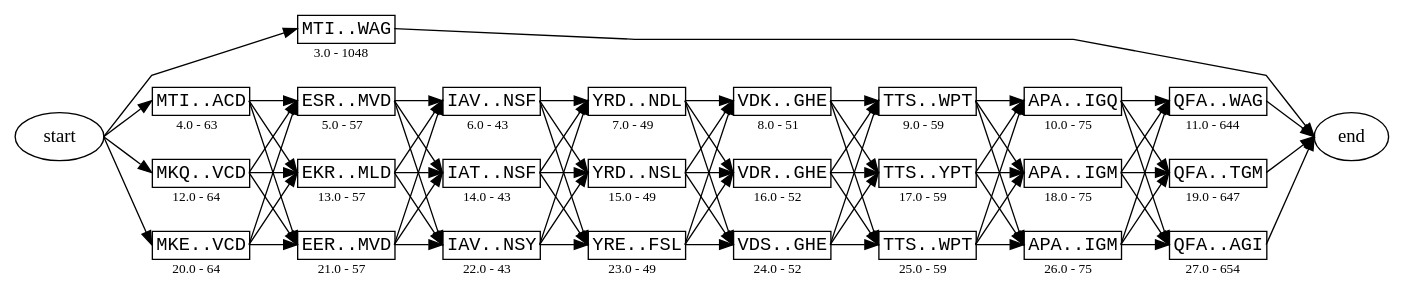
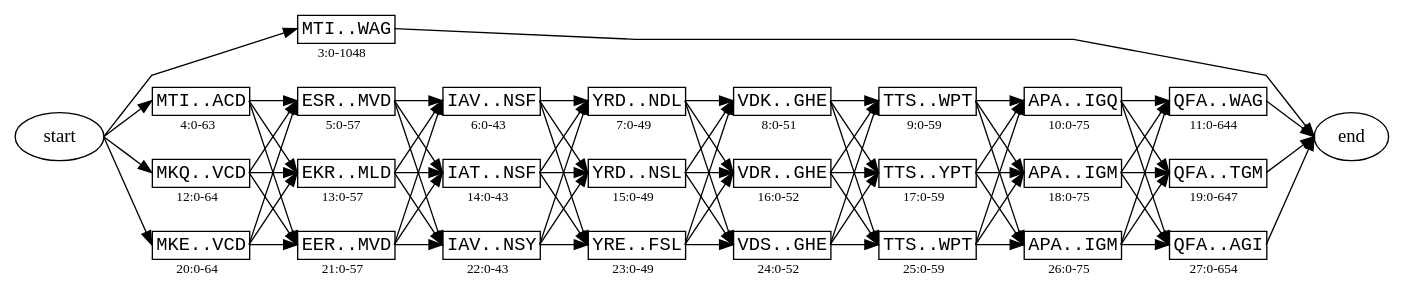
The diagram in docs/figures/protein_figure_1.dot (ginkgobioworks/gen), drawn with Graphviz before and after one commit. The commit also changed 18 other files, not shown here.

```diff
--- a/docs/figures/protein_figure_1.dot
+++ b/docs/figures/protein_figure_1.dot
@@ -5,105 +5,105 @@
 	];
 	node [label="\N"];
 	start	[label=start];
-	3.0	[label=<<TABLE BORDER='0' CELLBORDER='1' CELLSPACING='0'><TR><TD ALIGN='CENTER' PORT='seq'><FONT FACE='Courier'>MTI..WAG</FONT></TD></TR><TR><TD BORDER='0' ALIGN='CENTER'><FONT POINT-SIZE='10'>3.0 - 1048</FONT></TD></TR></TABLE>>,
+	3.0	[label=<<TABLE BORDER='0' CELLBORDER='1' CELLSPACING='0'><TR><TD ALIGN='CENTER' PORT='seq'><FONT FACE='Courier'>MTI..WAG</FONT></TD></TR><TR><TD BORDER='0' ALIGN='CENTER'><FONT POINT-SIZE='10'>3:0-1048</FONT></TD></TR></TABLE>>,
 		margin=0,
 		shape=none];
 	start:e -> 3.0:seq:w;
-	4.0	[label=<<TABLE BORDER='0' CELLBORDER='1' CELLSPACING='0'><TR><TD ALIGN='CENTER' PORT='seq'><FONT FACE='Courier'>MTI..ACD</FONT></TD></TR><TR><TD BORDER='0' ALIGN='CENTER'><FONT POINT-SIZE='10'>4.0 - 63</FONT></TD></TR></TABLE>>,
+	4.0	[label=<<TABLE BORDER='0' CELLBORDER='1' CELLSPACING='0'><TR><TD ALIGN='CENTER' PORT='seq'><FONT FACE='Courier'>MTI..ACD</FONT></TD></TR><TR><TD BORDER='0' ALIGN='CENTER'><FONT POINT-SIZE='10'>4:0-63</FONT></TD></TR></TABLE>>,
 		margin=0,
 		shape=none];
 	start:e -> 4.0:seq:w;
-	12.0	[label=<<TABLE BORDER='0' CELLBORDER='1' CELLSPACING='0'><TR><TD ALIGN='CENTER' PORT='seq'><FONT FACE='Courier'>MKQ..VCD</FONT></TD></TR><TR><TD BORDER='0' ALIGN='CENTER'><FONT POINT-SIZE='10'>12.0 - 64</FONT></TD></TR></TABLE>>,
+	12.0	[label=<<TABLE BORDER='0' CELLBORDER='1' CELLSPACING='0'><TR><TD ALIGN='CENTER' PORT='seq'><FONT FACE='Courier'>MKQ..VCD</FONT></TD></TR><TR><TD BORDER='0' ALIGN='CENTER'><FONT POINT-SIZE='10'>12:0-64</FONT></TD></TR></TABLE>>,
 		margin=0,
 		shape=none];
 	start:e -> 12.0:seq:w;
-	20.0	[label=<<TABLE BORDER='0' CELLBORDER='1' CELLSPACING='0'><TR><TD ALIGN='CENTER' PORT='seq'><FONT FACE='Courier'>MKE..VCD</FONT></TD></TR><TR><TD BORDER='0' ALIGN='CENTER'><FONT POINT-SIZE='10'>20.0 - 64</FONT></TD></TR></TABLE>>,
+	20.0	[label=<<TABLE BORDER='0' CELLBORDER='1' CELLSPACING='0'><TR><TD ALIGN='CENTER' PORT='seq'><FONT FACE='Courier'>MKE..VCD</FONT></TD></TR><TR><TD BORDER='0' ALIGN='CENTER'><FONT POINT-SIZE='10'>20:0-64</FONT></TD></TR></TABLE>>,
 		margin=0,
 		shape=none];
 	start:e -> 20.0:seq:w;
 	end	[label=end];
 	3.0:seq:e -> end:w;
-	5.0	[label=<<TABLE BORDER='0' CELLBORDER='1' CELLSPACING='0'><TR><TD ALIGN='CENTER' PORT='seq'><FONT FACE='Courier'>ESR..MVD</FONT></TD></TR><TR><TD BORDER='0' ALIGN='CENTER'><FONT POINT-SIZE='10'>5.0 - 57</FONT></TD></TR></TABLE>>,
+	5.0	[label=<<TABLE BORDER='0' CELLBORDER='1' CELLSPACING='0'><TR><TD ALIGN='CENTER' PORT='seq'><FONT FACE='Courier'>ESR..MVD</FONT></TD></TR><TR><TD BORDER='0' ALIGN='CENTER'><FONT POINT-SIZE='10'>5:0-57</FONT></TD></TR></TABLE>>,
 		margin=0,
 		shape=none];
 	4.0:seq:e -> 5.0:seq:w;
-	13.0	[label=<<TABLE BORDER='0' CELLBORDER='1' CELLSPACING='0'><TR><TD ALIGN='CENTER' PORT='seq'><FONT FACE='Courier'>EKR..MLD</FONT></TD></TR><TR><TD BORDER='0' ALIGN='CENTER'><FONT POINT-SIZE='10'>13.0 - 57</FONT></TD></TR></TABLE>>,
+	13.0	[label=<<TABLE BORDER='0' CELLBORDER='1' CELLSPACING='0'><TR><TD ALIGN='CENTER' PORT='seq'><FONT FACE='Courier'>EKR..MLD</FONT></TD></TR><TR><TD BORDER='0' ALIGN='CENTER'><FONT POINT-SIZE='10'>13:0-57</FONT></TD></TR></TABLE>>,
 		margin=0,
 		shape=none];
 	4.0:seq:e -> 13.0:seq:w;
-	21.0	[label=<<TABLE BORDER='0' CELLBORDER='1' CELLSPACING='0'><TR><TD ALIGN='CENTER' PORT='seq'><FONT FACE='Courier'>EER..MVD</FONT></TD></TR><TR><TD BORDER='0' ALIGN='CENTER'><FONT POINT-SIZE='10'>21.0 - 57</FONT></TD></TR></TABLE>>,
+	21.0	[label=<<TABLE BORDER='0' CELLBORDER='1' CELLSPACING='0'><TR><TD ALIGN='CENTER' PORT='seq'><FONT FACE='Courier'>EER..MVD</FONT></TD></TR><TR><TD BORDER='0' ALIGN='CENTER'><FONT POINT-SIZE='10'>21:0-57</FONT></TD></TR></TABLE>>,
 		margin=0,
 		shape=none];
 	4.0:seq:e -> 21.0:seq:w;
-	6.0	[label=<<TABLE BORDER='0' CELLBORDER='1' CELLSPACING='0'><TR><TD ALIGN='CENTER' PORT='seq'><FONT FACE='Courier'>IAV..NSF</FONT></TD></TR><TR><TD BORDER='0' ALIGN='CENTER'><FONT POINT-SIZE='10'>6.0 - 43</FONT></TD></TR></TABLE>>,
+	6.0	[label=<<TABLE BORDER='0' CELLBORDER='1' CELLSPACING='0'><TR><TD ALIGN='CENTER' PORT='seq'><FONT FACE='Courier'>IAV..NSF</FONT></TD></TR><TR><TD BORDER='0' ALIGN='CENTER'><FONT POINT-SIZE='10'>6:0-43</FONT></TD></TR></TABLE>>,
 		margin=0,
 		shape=none];
 	5.0:seq:e -> 6.0:seq:w;
-	14.0	[label=<<TABLE BORDER='0' CELLBORDER='1' CELLSPACING='0'><TR><TD ALIGN='CENTER' PORT='seq'><FONT FACE='Courier'>IAT..NSF</FONT></TD></TR><TR><TD BORDER='0' ALIGN='CENTER'><FONT POINT-SIZE='10'>14.0 - 43</FONT></TD></TR></TABLE>>,
+	14.0	[label=<<TABLE BORDER='0' CELLBORDER='1' CELLSPACING='0'><TR><TD ALIGN='CENTER' PORT='seq'><FONT FACE='Courier'>IAT..NSF</FONT></TD></TR><TR><TD BORDER='0' ALIGN='CENTER'><FONT POINT-SIZE='10'>14:0-43</FONT></TD></TR></TABLE>>,
 		margin=0,
 		shape=none];
 	5.0:seq:e -> 14.0:seq:w;
-	22.0	[label=<<TABLE BORDER='0' CELLBORDER='1' CELLSPACING='0'><TR><TD ALIGN='CENTER' PORT='seq'><FONT FACE='Courier'>IAV..NSY</FONT></TD></TR><TR><TD BORDER='0' ALIGN='CENTER'><FONT POINT-SIZE='10'>22.0 - 43</FONT></TD></TR></TABLE>>,
+	22.0	[label=<<TABLE BORDER='0' CELLBORDER='1' CELLSPACING='0'><TR><TD ALIGN='CENTER' PORT='seq'><FONT FACE='Courier'>IAV..NSY</FONT></TD></TR><TR><TD BORDER='0' ALIGN='CENTER'><FONT POINT-SIZE='10'>22:0-43</FONT></TD></TR></TABLE>>,
 		margin=0,
 		shape=none];
 	5.0:seq:e -> 22.0:seq:w;
-	7.0	[label=<<TABLE BORDER='0' CELLBORDER='1' CELLSPACING='0'><TR><TD ALIGN='CENTER' PORT='seq'><FONT FACE='Courier'>YRD..NDL</FONT></TD></TR><TR><TD BORDER='0' ALIGN='CENTER'><FONT POINT-SIZE='10'>7.0 - 49</FONT></TD></TR></TABLE>>,
+	7.0	[label=<<TABLE BORDER='0' CELLBORDER='1' CELLSPACING='0'><TR><TD ALIGN='CENTER' PORT='seq'><FONT FACE='Courier'>YRD..NDL</FONT></TD></TR><TR><TD BORDER='0' ALIGN='CENTER'><FONT POINT-SIZE='10'>7:0-49</FONT></TD></TR></TABLE>>,
 		margin=0,
 		shape=none];
 	6.0:seq:e -> 7.0:seq:w;
-	15.0	[label=<<TABLE BORDER='0' CELLBORDER='1' CELLSPACING='0'><TR><TD ALIGN='CENTER' PORT='seq'><FONT FACE='Courier'>YRD..NSL</FONT></TD></TR><TR><TD BORDER='0' ALIGN='CENTER'><FONT POINT-SIZE='10'>15.0 - 49</FONT></TD></TR></TABLE>>,
+	15.0	[label=<<TABLE BORDER='0' CELLBORDER='1' CELLSPACING='0'><TR><TD ALIGN='CENTER' PORT='seq'><FONT FACE='Courier'>YRD..NSL</FONT></TD></TR><TR><TD BORDER='0' ALIGN='CENTER'><FONT POINT-SIZE='10'>15:0-49</FONT></TD></TR></TABLE>>,
 		margin=0,
 		shape=none];
 	6.0:seq:e -> 15.0:seq:w;
-	23.0	[label=<<TABLE BORDER='0' CELLBORDER='1' CELLSPACING='0'><TR><TD ALIGN='CENTER' PORT='seq'><FONT FACE='Courier'>YRE..FSL</FONT></TD></TR><TR><TD BORDER='0' ALIGN='CENTER'><FONT POINT-SIZE='10'>23.0 - 49</FONT></TD></TR></TABLE>>,
+	23.0	[label=<<TABLE BORDER='0' CELLBORDER='1' CELLSPACING='0'><TR><TD ALIGN='CENTER' PORT='seq'><FONT FACE='Courier'>YRE..FSL</FONT></TD></TR><TR><TD BORDER='0' ALIGN='CENTER'><FONT POINT-SIZE='10'>23:0-49</FONT></TD></TR></TABLE>>,
 		margin=0,
 		shape=none];
 	6.0:seq:e -> 23.0:seq:w;
-	8.0	[label=<<TABLE BORDER='0' CELLBORDER='1' CELLSPACING='0'><TR><TD ALIGN='CENTER' PORT='seq'><FONT FACE='Courier'>VDK..GHE</FONT></TD></TR><TR><TD BORDER='0' ALIGN='CENTER'><FONT POINT-SIZE='10'>8.0 - 51</FONT></TD></TR></TABLE>>,
+	8.0	[label=<<TABLE BORDER='0' CELLBORDER='1' CELLSPACING='0'><TR><TD ALIGN='CENTER' PORT='seq'><FONT FACE='Courier'>VDK..GHE</FONT></TD></TR><TR><TD BORDER='0' ALIGN='CENTER'><FONT POINT-SIZE='10'>8:0-51</FONT></TD></TR></TABLE>>,
 		margin=0,
 		shape=none];
 	7.0:seq:e -> 8.0:seq:w;
-	16.0	[label=<<TABLE BORDER='0' CELLBORDER='1' CELLSPACING='0'><TR><TD ALIGN='CENTER' PORT='seq'><FONT FACE='Courier'>VDR..GHE</FONT></TD></TR><TR><TD BORDER='0' ALIGN='CENTER'><FONT POINT-SIZE='10'>16.0 - 52</FONT></TD></TR></TABLE>>,
+	16.0	[label=<<TABLE BORDER='0' CELLBORDER='1' CELLSPACING='0'><TR><TD ALIGN='CENTER' PORT='seq'><FONT FACE='Courier'>VDR..GHE</FONT></TD></TR><TR><TD BORDER='0' ALIGN='CENTER'><FONT POINT-SIZE='10'>16:0-52</FONT></TD></TR></TABLE>>,
 		margin=0,
 		shape=none];
 	7.0:seq:e -> 16.0:seq:w;
-	24.0	[label=<<TABLE BORDER='0' CELLBORDER='1' CELLSPACING='0'><TR><TD ALIGN='CENTER' PORT='seq'><FONT FACE='Courier'>VDS..GHE</FONT></TD></TR><TR><TD BORDER='0' ALIGN='CENTER'><FONT POINT-SIZE='10'>24.0 - 52</FONT></TD></TR></TABLE>>,
+	24.0	[label=<<TABLE BORDER='0' CELLBORDER='1' CELLSPACING='0'><TR><TD ALIGN='CENTER' PORT='seq'><FONT FACE='Courier'>VDS..GHE</FONT></TD></TR><TR><TD BORDER='0' ALIGN='CENTER'><FONT POINT-SIZE='10'>24:0-52</FONT></TD></TR></TABLE>>,
 		margin=0,
 		shape=none];
 	7.0:seq:e -> 24.0:seq:w;
-	9.0	[label=<<TABLE BORDER='0' CELLBORDER='1' CELLSPACING='0'><TR><TD ALIGN='CENTER' PORT='seq'><FONT FACE='Courier'>TTS..WPT</FONT></TD></TR><TR><TD BORDER='0' ALIGN='CENTER'><FONT POINT-SIZE='10'>9.0 - 59</FONT></TD></TR></TABLE>>,
+	9.0	[label=<<TABLE BORDER='0' CELLBORDER='1' CELLSPACING='0'><TR><TD ALIGN='CENTER' PORT='seq'><FONT FACE='Courier'>TTS..WPT</FONT></TD></TR><TR><TD BORDER='0' ALIGN='CENTER'><FONT POINT-SIZE='10'>9:0-59</FONT></TD></TR></TABLE>>,
 		margin=0,
 		shape=none];
 	8.0:seq:e -> 9.0:seq:w;
-	17.0	[label=<<TABLE BORDER='0' CELLBORDER='1' CELLSPACING='0'><TR><TD ALIGN='CENTER' PORT='seq'><FONT FACE='Courier'>TTS..YPT</FONT></TD></TR><TR><TD BORDER='0' ALIGN='CENTER'><FONT POINT-SIZE='10'>17.0 - 59</FONT></TD></TR></TABLE>>,
+	17.0	[label=<<TABLE BORDER='0' CELLBORDER='1' CELLSPACING='0'><TR><TD ALIGN='CENTER' PORT='seq'><FONT FACE='Courier'>TTS..YPT</FONT></TD></TR><TR><TD BORDER='0' ALIGN='CENTER'><FONT POINT-SIZE='10'>17:0-59</FONT></TD></TR></TABLE>>,
 		margin=0,
 		shape=none];
 	8.0:seq:e -> 17.0:seq:w;
-	25.0	[label=<<TABLE BORDER='0' CELLBORDER='1' CELLSPACING='0'><TR><TD ALIGN='CENTER' PORT='seq'><FONT FACE='Courier'>TTS..WPT</FONT></TD></TR><TR><TD BORDER='0' ALIGN='CENTER'><FONT POINT-SIZE='10'>25.0 - 59</FONT></TD></TR></TABLE>>,
+	25.0	[label=<<TABLE BORDER='0' CELLBORDER='1' CELLSPACING='0'><TR><TD ALIGN='CENTER' PORT='seq'><FONT FACE='Courier'>TTS..WPT</FONT></TD></TR><TR><TD BORDER='0' ALIGN='CENTER'><FONT POINT-SIZE='10'>25:0-59</FONT></TD></TR></TABLE>>,
 		margin=0,
 		shape=none];
 	8.0:seq:e -> 25.0:seq:w;
-	10.0	[label=<<TABLE BORDER='0' CELLBORDER='1' CELLSPACING='0'><TR><TD ALIGN='CENTER' PORT='seq'><FONT FACE='Courier'>APA..IGQ</FONT></TD></TR><TR><TD BORDER='0' ALIGN='CENTER'><FONT POINT-SIZE='10'>10.0 - 75</FONT></TD></TR></TABLE>>,
+	10.0	[label=<<TABLE BORDER='0' CELLBORDER='1' CELLSPACING='0'><TR><TD ALIGN='CENTER' PORT='seq'><FONT FACE='Courier'>APA..IGQ</FONT></TD></TR><TR><TD BORDER='0' ALIGN='CENTER'><FONT POINT-SIZE='10'>10:0-75</FONT></TD></TR></TABLE>>,
 		margin=0,
 		shape=none];
 	9.0:seq:e -> 10.0:seq:w;
-	18.0	[label=<<TABLE BORDER='0' CELLBORDER='1' CELLSPACING='0'><TR><TD ALIGN='CENTER' PORT='seq'><FONT FACE='Courier'>APA..IGM</FONT></TD></TR><TR><TD BORDER='0' ALIGN='CENTER'><FONT POINT-SIZE='10'>18.0 - 75</FONT></TD></TR></TABLE>>,
+	18.0	[label=<<TABLE BORDER='0' CELLBORDER='1' CELLSPACING='0'><TR><TD ALIGN='CENTER' PORT='seq'><FONT FACE='Courier'>APA..IGM</FONT></TD></TR><TR><TD BORDER='0' ALIGN='CENTER'><FONT POINT-SIZE='10'>18:0-75</FONT></TD></TR></TABLE>>,
 		margin=0,
 		shape=none];
 	9.0:seq:e -> 18.0:seq:w;
-	26.0	[label=<<TABLE BORDER='0' CELLBORDER='1' CELLSPACING='0'><TR><TD ALIGN='CENTER' PORT='seq'><FONT FACE='Courier'>APA..IGM</FONT></TD></TR><TR><TD BORDER='0' ALIGN='CENTER'><FONT POINT-SIZE='10'>26.0 - 75</FONT></TD></TR></TABLE>>,
+	26.0	[label=<<TABLE BORDER='0' CELLBORDER='1' CELLSPACING='0'><TR><TD ALIGN='CENTER' PORT='seq'><FONT FACE='Courier'>APA..IGM</FONT></TD></TR><TR><TD BORDER='0' ALIGN='CENTER'><FONT POINT-SIZE='10'>26:0-75</FONT></TD></TR></TABLE>>,
 		margin=0,
 		shape=none];
 	9.0:seq:e -> 26.0:seq:w;
-	11.0	[label=<<TABLE BORDER='0' CELLBORDER='1' CELLSPACING='0'><TR><TD ALIGN='CENTER' PORT='seq'><FONT FACE='Courier'>QFA..WAG</FONT></TD></TR><TR><TD BORDER='0' ALIGN='CENTER'><FONT POINT-SIZE='10'>11.0 - 644</FONT></TD></TR></TABLE>>,
+	11.0	[label=<<TABLE BORDER='0' CELLBORDER='1' CELLSPACING='0'><TR><TD ALIGN='CENTER' PORT='seq'><FONT FACE='Courier'>QFA..WAG</FONT></TD></TR><TR><TD BORDER='0' ALIGN='CENTER'><FONT POINT-SIZE='10'>11:0-644</FONT></TD></TR></TABLE>>,
 		margin=0,
 		shape=none];
 	10.0:seq:e -> 11.0:seq:w;
-	19.0	[label=<<TABLE BORDER='0' CELLBORDER='1' CELLSPACING='0'><TR><TD ALIGN='CENTER' PORT='seq'><FONT FACE='Courier'>QFA..TGM</FONT></TD></TR><TR><TD BORDER='0' ALIGN='CENTER'><FONT POINT-SIZE='10'>19.0 - 647</FONT></TD></TR></TABLE>>,
+	19.0	[label=<<TABLE BORDER='0' CELLBORDER='1' CELLSPACING='0'><TR><TD ALIGN='CENTER' PORT='seq'><FONT FACE='Courier'>QFA..TGM</FONT></TD></TR><TR><TD BORDER='0' ALIGN='CENTER'><FONT POINT-SIZE='10'>19:0-647</FONT></TD></TR></TABLE>>,
 		margin=0,
 		shape=none];
 	10.0:seq:e -> 19.0:seq:w;
-	27.0	[label=<<TABLE BORDER='0' CELLBORDER='1' CELLSPACING='0'><TR><TD ALIGN='CENTER' PORT='seq'><FONT FACE='Courier'>QFA..AGI</FONT></TD></TR><TR><TD BORDER='0' ALIGN='CENTER'><FONT POINT-SIZE='10'>27.0 - 654</FONT></TD></TR></TABLE>>,
+	27.0	[label=<<TABLE BORDER='0' CELLBORDER='1' CELLSPACING='0'><TR><TD ALIGN='CENTER' PORT='seq'><FONT FACE='Courier'>QFA..AGI</FONT></TD></TR><TR><TD BORDER='0' ALIGN='CENTER'><FONT POINT-SIZE='10'>27:0-654</FONT></TD></TR></TABLE>>,
 		margin=0,
 		shape=none];
 	10.0:seq:e -> 27.0:seq:w;
```
